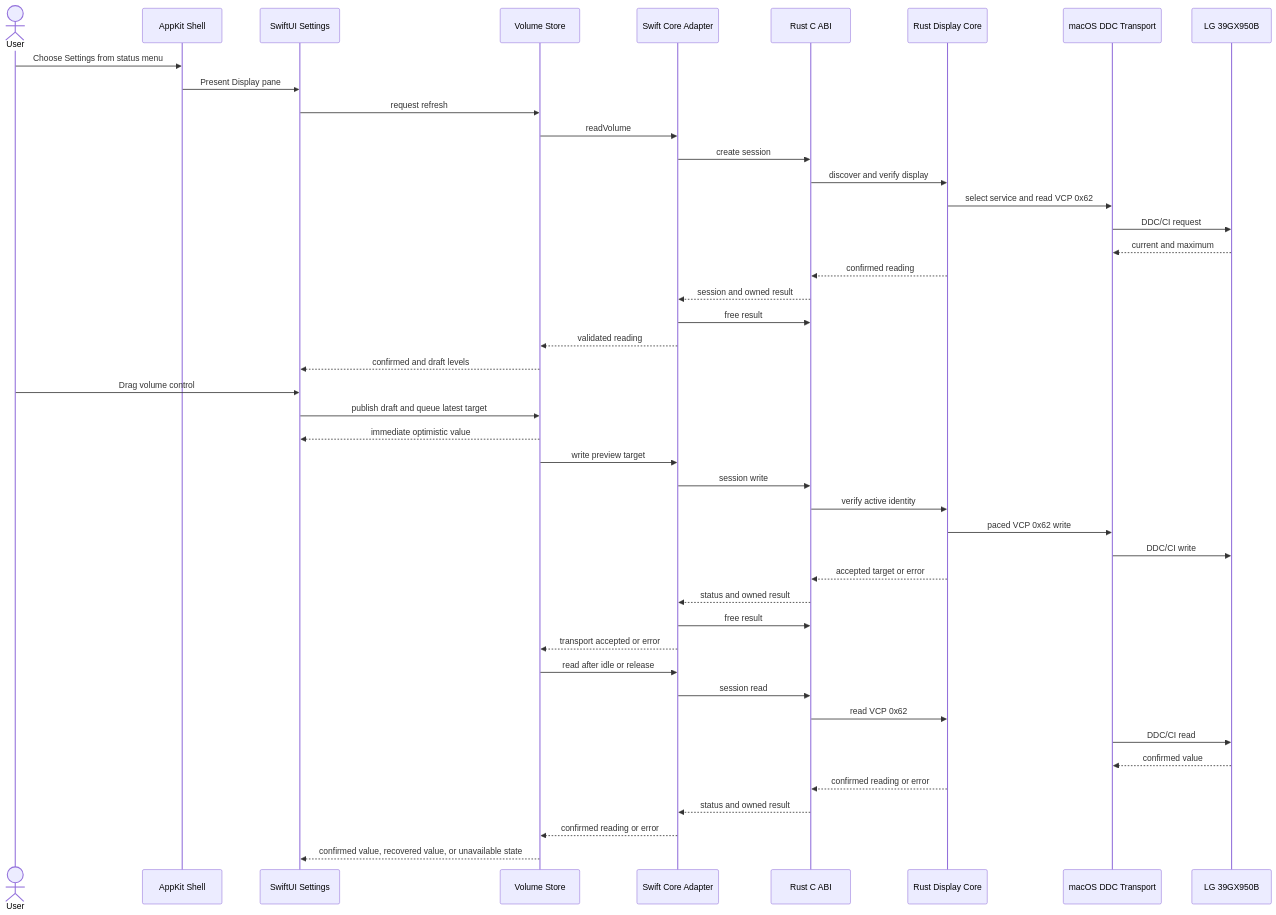
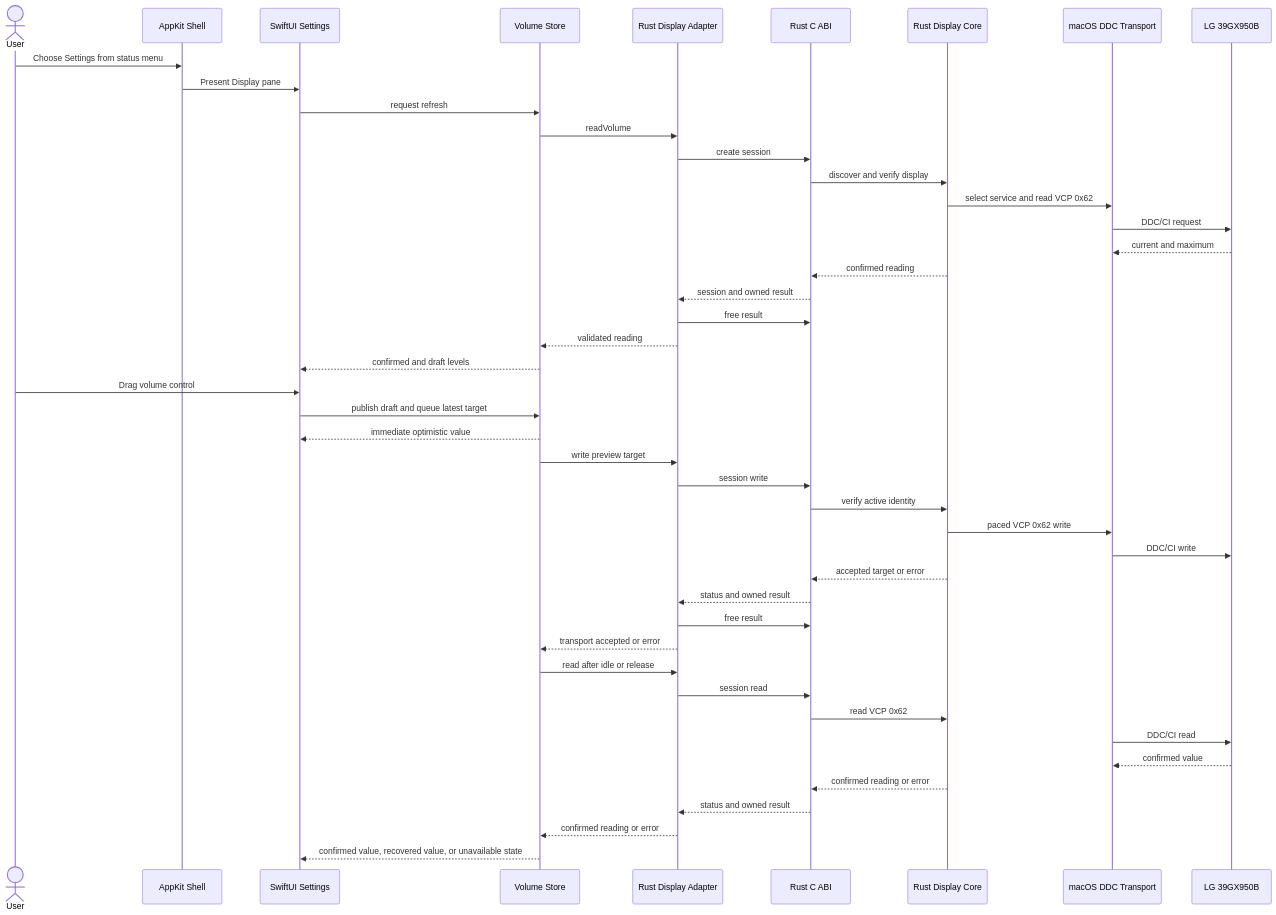
Before and after one commit to acg-box/deskhelm: the first of 3 diagrams in openwiki/architecture-and-runtime.md, drawn with Mermaid. The commit also changed other lines of this file and 12 other files, not shown here.

Commit message:
{"schema":"decodex/commit/2","change":"Clarify Rust core and Swift app ownership boundaries","authority":"manual","impact":"compatible"}

````diff
--- a/openwiki/architecture-and-runtime.md
+++ b/openwiki/architecture-and-runtime.md
@@ -35,48 +35,48 @@
 ```mermaid
 sequenceDiagram
     actor User
     participant Shell as AppKit Shell
     participant Settings as SwiftUI Settings
     participant Store as Volume Store
-    participant Adapter as Swift Core Adapter
+    participant Adapter as Rust Display Adapter
     participant ABI as Rust C ABI
     participant Core as Rust Display Core
     participant Mac as macOS DDC Transport
     participant LG as LG 39GX950B
 
     User->>Shell: Choose Settings from status menu
     Shell->>Settings: Present Display pane
     Settings->>Store: request refresh
     Store->>Adapter: readVolume
     Adapter->>ABI: create session
     ABI->>Core: discover and verify display
     Core->>Mac: select service and read VCP 0x62
     Mac->>LG: DDC/CI request
     LG-->>Mac: current and maximum
     Core-->>ABI: confirmed reading
     ABI-->>Adapter: session and owned result
     Adapter->>ABI: free result
     Adapter-->>Store: validated reading
     Store-->>Settings: confirmed and draft levels
     User->>Settings: Drag volume control
     Settings->>Store: publish draft and queue latest target
     Store-->>Settings: immediate optimistic value
     Store->>Adapter: write preview target
     Adapter->>ABI: session write
     ABI->>Core: verify active identity
     Core->>Mac: paced VCP 0x62 write
     Mac->>LG: DDC/CI write
     Core-->>ABI: accepted target or error
     ABI-->>Adapter: status and owned result
     Adapter->>ABI: free result
     Adapter-->>Store: transport accepted or error
     Store->>Adapter: read after idle or release
     Adapter->>ABI: session read
     ABI->>Core: read VCP 0x62
     Mac->>LG: DDC/CI read
     LG-->>Mac: confirmed value
     Core-->>ABI: confirmed reading or error
     ABI-->>Adapter: status and owned result
     Adapter-->>Store: confirmed reading or error
     Store-->>Settings: confirmed value, recovered value, or unavailable state
 ```
````
